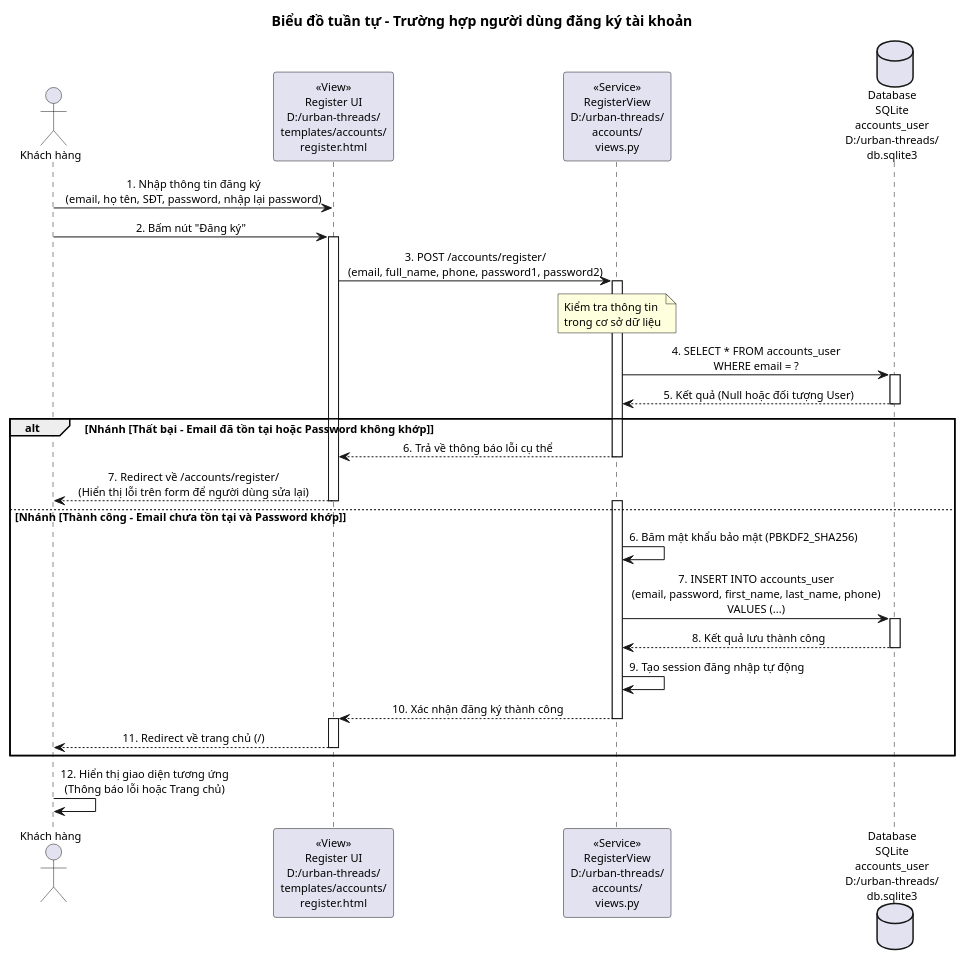
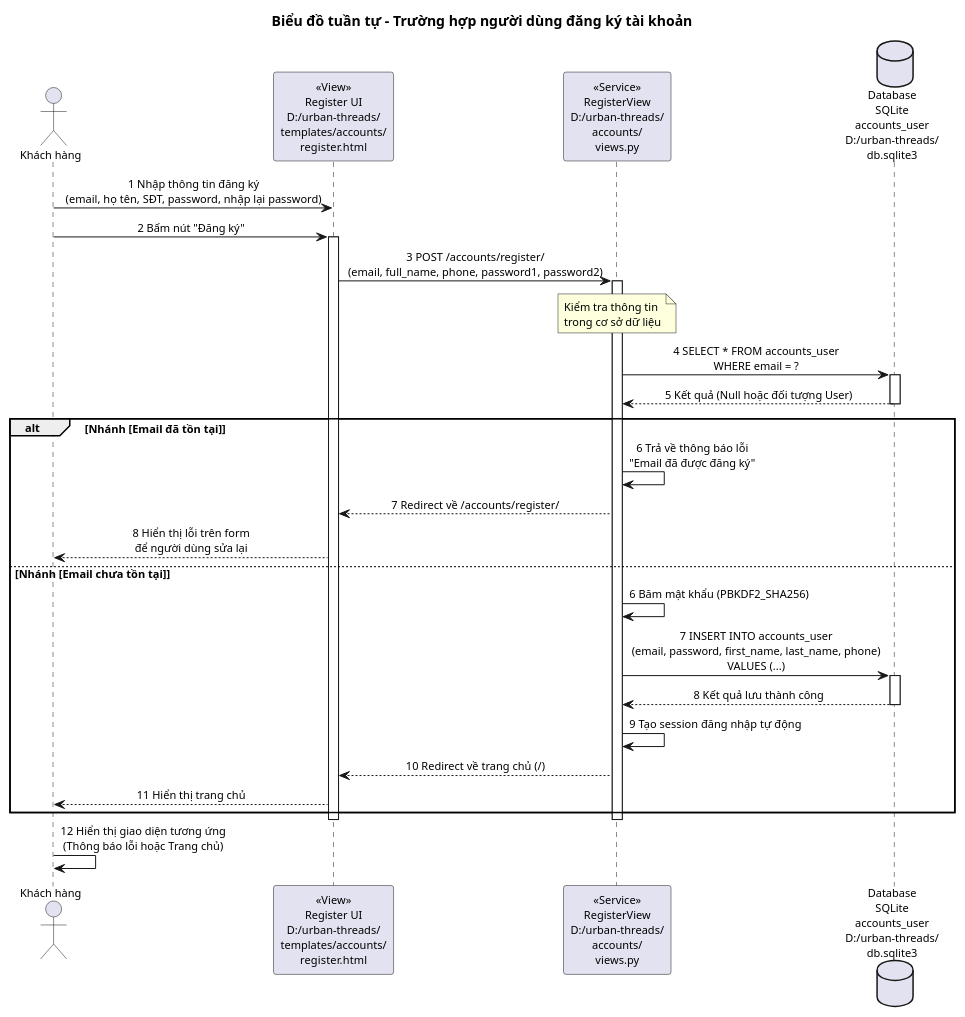
One commit to HNKILLNET404/lehainam_24ct1_cnpm changed the diagram in use_cases/sequence_dang_ky.puml. Above: the diagram before and after it, drawn with PlantUML. The commit also changed 3 other files, not shown here.

```diff
--- a/use_cases/sequence_dang_ky.puml
+++ b/use_cases/sequence_dang_ky.puml
@@ -1,52 +1,49 @@
 @startuml
 skinparam shadowing false
 skinparam defaultFontName Arial
 skinparam defaultFontSize 11
 skinparam sequenceMessageAlign center
 
 title Biểu đồ tuần tự - Trường hợp người dùng đăng ký tài khoản
 
 actor "Khách hàng" as User
 
 participant "«View»\nRegister UI\nD:/urban-threads/\ntemplates/accounts/\nregister.html" as UI
 
 participant "«Service»\nRegisterView\nD:/urban-threads/\naccounts/\nviews.py" as BE
 
 database "Database\nSQLite\naccounts_user\nD:/urban-threads/\ndb.sqlite3" as DB
 
-User -> UI : 1. Nhập thông tin đăng ký\n(email, họ tên, SĐT, password, nhập lại password)
-User -> UI : 2. Bấm nút "Đăng ký"
+User -> UI : 1 Nhập thông tin đăng ký\n(email, họ tên, SĐT, password, nhập lại password)
+User -> UI : 2 Bấm nút "Đăng ký"
 activate UI
-UI -> BE : 3. POST /accounts/register/\n(email, full_name, phone, password1, password2)
+UI -> BE : 3 POST /accounts/register/\n(email, full_name, phone, password1, password2)
 activate BE
 
 note over BE : Kiểm tra thông tin\ntrong cơ sở dữ liệu
 
-BE -> DB : 4. SELECT * FROM accounts_user\nWHERE email = ?
+BE -> DB : 4 SELECT * FROM accounts_user\nWHERE email = ?
 activate DB
-DB --> BE : 5. Kết quả (Null hoặc đối tượng User)
+DB --> BE : 5 Kết quả (Null hoặc đối tượng User)
 deactivate DB
 
-alt Nhánh [Thất bại - Email đã tồn tại hoặc Password không khớp]
-    BE --> UI : 6. Trả về thông báo lỗi cụ thể
-    deactivate BE
-    UI --> User : 7. Redirect về /accounts/register/\n(Hiển thị lỗi trên form để người dùng sửa lại)
-    deactivate UI
-else Nhánh [Thành công - Email chưa tồn tại và Password khớp]
-    activate BE
-    BE -> BE : 6. Băm mật khẩu bảo mật (PBKDF2_SHA256)
-    BE -> DB : 7. INSERT INTO accounts_user\n(email, password, first_name, last_name, phone)\nVALUES (...)
+alt Nhánh [Email đã tồn tại]
+    BE -> BE : 6 Trả về thông báo lỗi\n"Email đã được đăng ký"
+    BE --> UI : 7 Redirect về /accounts/register/
+    UI --> User : 8 Hiển thị lỗi trên form\nđể người dùng sửa lại
+else Nhánh [Email chưa tồn tại]
+    BE -> BE : 6 Băm mật khẩu (PBKDF2_SHA256)
+    BE -> DB : 7 INSERT INTO accounts_user\n(email, password, first_name, last_name, phone)\nVALUES (...)
     activate DB
-    DB --> BE : 8. Kết quả lưu thành công
+    DB --> BE : 8 Kết quả lưu thành công
     deactivate DB
-    BE -> BE : 9. Tạo session đăng nhập tự động
-    BE --> UI : 10. Xác nhận đăng ký thành công
-    deactivate BE
-    activate UI
-    UI --> User : 11. Redirect về trang chủ (/)
-    deactivate UI
+    BE -> BE : 9 Tạo session đăng nhập tự động
+    BE --> UI : 10 Redirect về trang chủ (/)
+    UI --> User : 11 Hiển thị trang chủ
 end
+deactivate BE
+deactivate UI
 
-User -> User : 12. Hiển thị giao diện tương ứng\n(Thông báo lỗi hoặc Trang chủ)
+User -> User : 12 Hiển thị giao diện tương ứng\n(Thông báo lỗi hoặc Trang chủ)
 
 @enduml
```
